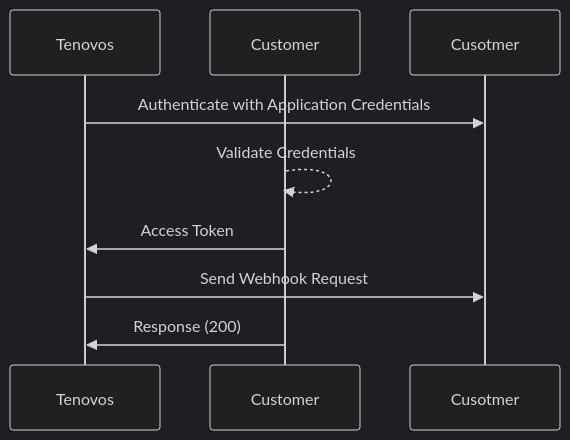
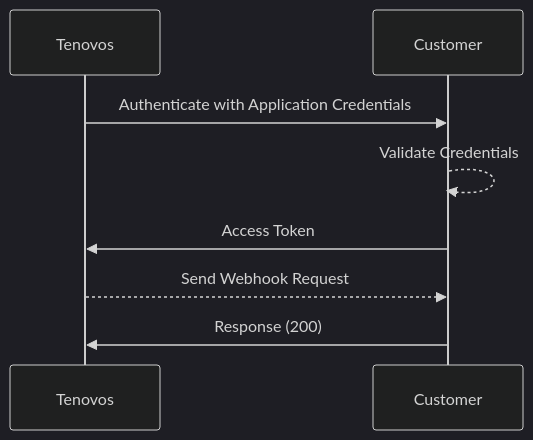
One commit to brian-tenovos/tnvs-api-dev-portal changed the second of 2 diagrams in developer-portal/webhooks/authentication.md. Above: the diagram before and after it, drawn with Mermaid (dark theme). The commit also changed other lines of this file, not shown here.

Commit message:
webhook mermaid updates

````diff
--- a/developer-portal/webhooks/authentication.md
+++ b/developer-portal/webhooks/authentication.md
@@ -38,10 +35,10 @@
 ```mermaid
 sequenceDiagram
     participant Tenovos
     participant Customer
-    Tenovos->>Cusotmer: Authenticate with Application Credentials
+    Tenovos->>Customer: Authenticate with Application Credentials
     Customer-->>Customer: Validate Credentials
     Customer->>Tenovos: Access Token
-    Tenovos->>Cusotmer: Send Webhook Request
+    Tenovos-->>Customer: Send Webhook Request
     Customer->>Tenovos: Response (200)
 ```
````
